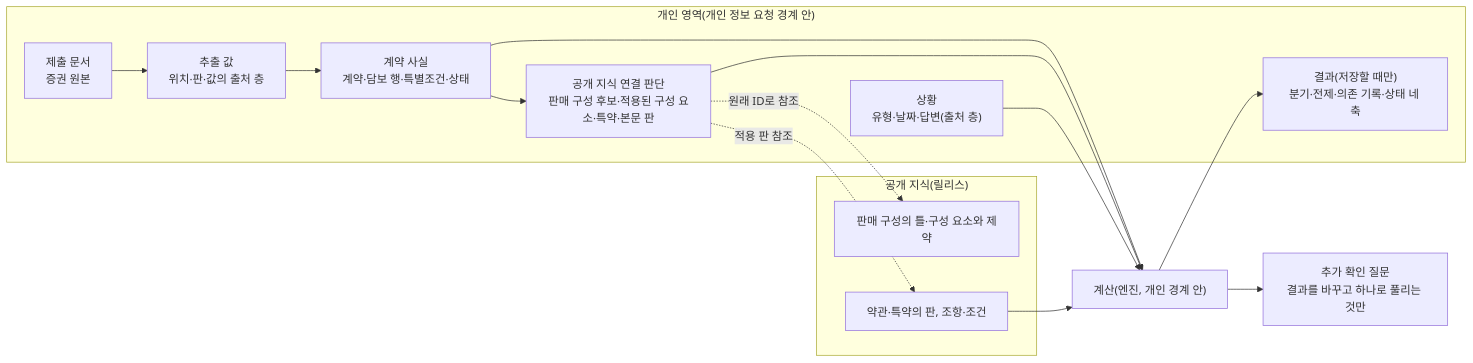
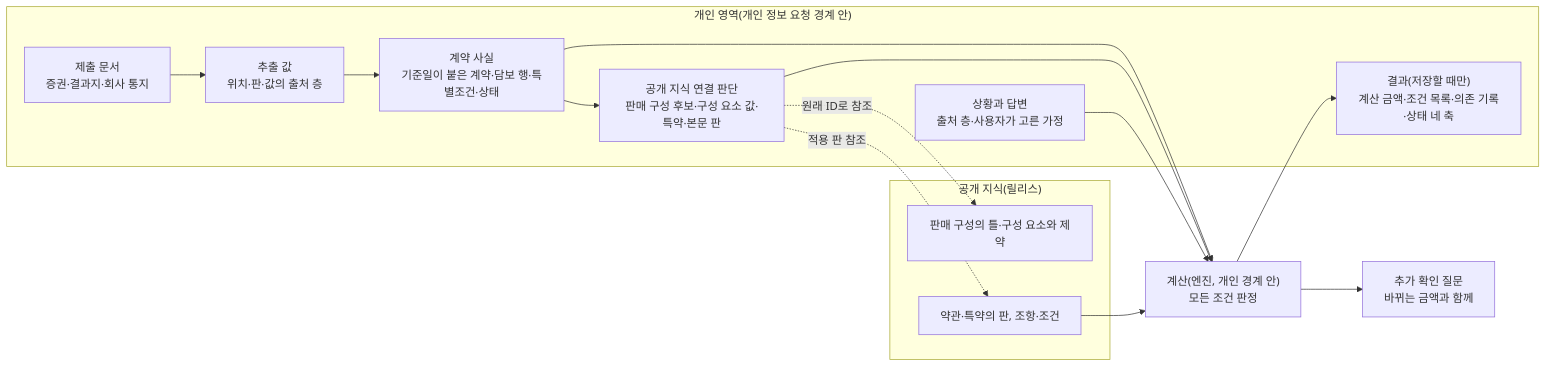
The diagram in docs/blueprint/proposals/개인계약_모델_토의초안.md (SUNBURN-Golden/ONJEON), drawn with Mermaid before and after one commit. The commit also changed other lines of this file and 1 other file, not shown here.

First line of the commit message:
토의 자료: 14차 반영 — 개인 계약 초안 금액 표현·가정·질문 기준·특별조건·고지 처리 정정

````diff
--- a/docs/blueprint/proposals/개인계약_모델_토의초안.md
+++ b/docs/blueprint/proposals/개인계약_모델_토의초안.md
@@ -115,24 +169,24 @@
 ```mermaid
 flowchart LR
   subgraph PRIV["개인 영역(개인 정보 요청 경계 안)"]
-    DOC["제출 문서<br/>증권 원본"]
+    DOC["제출 문서<br/>증권·결과지·회사 통지"]
     VAL["추출 값<br/>위치·판·값의 출처 층"]
-    CF["계약 사실<br/>계약·담보 행·특별조건·상태"]
-    LINK["공개 지식 연결 판단<br/>판매 구성 후보·적용된 구성 요소·특약·본문 판"]
-    SIT["상황<br/>유형·날짜·답변(출처 층)"]
-    RES["결과(저장할 때만)<br/>분기·전제·의존 기록·상태 네 축"]
+    CF["계약 사실<br/>기준일이 붙은 계약·담보 행·특별조건·상태"]
+    LINK["공개 지식 연결 판단<br/>판매 구성 후보·구성 요소 값·특약·본문 판"]
+    SIT["상황과 답변<br/>출처 층·사용자가 고른 가정"]
+    RES["결과(저장할 때만)<br/>계산 금액·조건 목록·의존 기록·상태 네 축"]
   end
   subgraph PUB["공개 지식(릴리스)"]
     SO["판매 구성의 틀·구성 요소와 제약"]
     TV["약관·특약의 판, 조항·조건"]
   end
   DOC --> VAL --> CF --> LINK
   LINK -.->|"원래 ID로 참조"| SO
   LINK -.->|"적용 판 참조"| TV
-  CF --> CALC["계산(엔진, 개인 경계 안)"]
+  CF --> CALC["계산(엔진, 개인 경계 안)<br/>모든 조건 판정"]
   LINK --> CALC
   SIT --> CALC
   TV --> CALC
   CALC --> RES
-  CALC --> Q["추가 확인 질문<br/>결과를 바꾸고 하나로 풀리는 것만"]
+  CALC --> Q["추가 확인 질문<br/>바뀌는 금액과 함께"]
 ```
````
